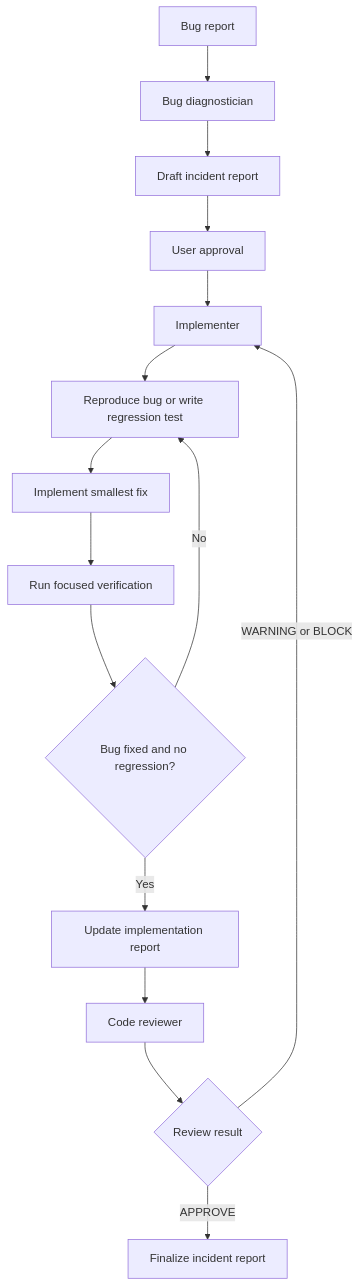
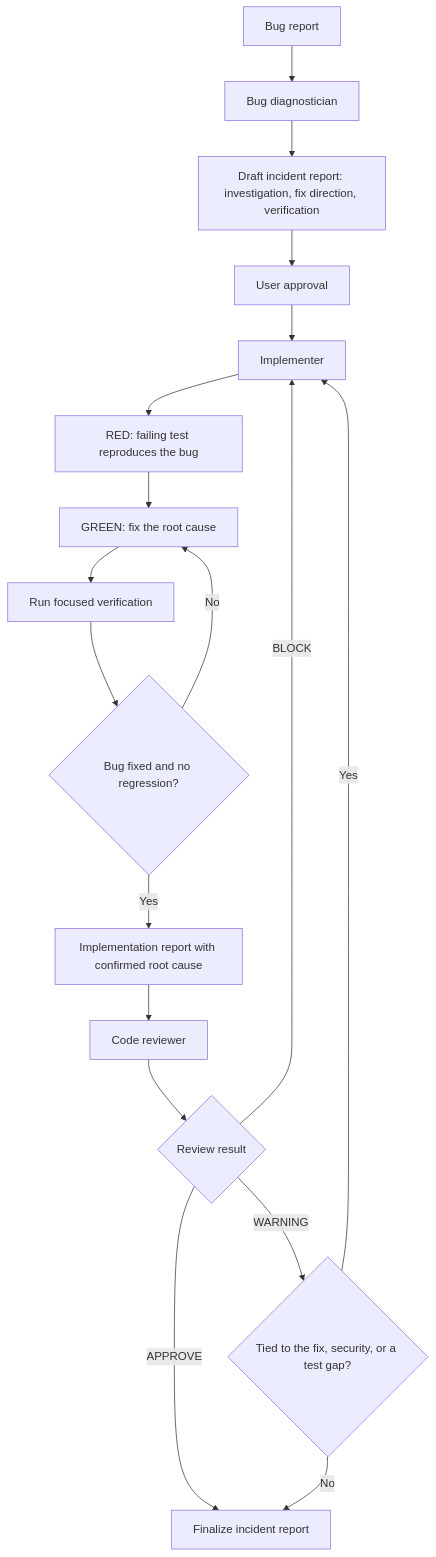
The fourth of 4 diagrams in README.md (aloilor/lean-coding-agent), drawn with Mermaid before and after one commit. The commit also changed other lines of this file, not shown here.

````diff
--- a/README.md
+++ b/README.md
@@ -77,17 +107,20 @@
 ```mermaid
 flowchart TD
     A[Bug report] --> B[Bug diagnostician]
-    B --> C[Draft incident report]
+    B --> C[Draft incident report: investigation, fix direction, verification]
     C --> D[User approval]
     D --> E[Implementer]
-    E --> F[Reproduce bug or write regression test]
-    F --> G[Implement smallest fix]
+    E --> F[RED: failing test reproduces the bug]
+    F --> G[GREEN: fix the root cause]
     G --> H[Run focused verification]
     H --> I{Bug fixed and no regression?}
-    I -->|No| F
-    I -->|Yes| J[Update implementation report]
+    I -->|No| G
+    I -->|Yes| J[Implementation report with confirmed root cause]
     J --> K[Code reviewer]
     K --> L{Review result}
-    L -->|WARNING or BLOCK| E
     L -->|APPROVE| M[Finalize incident report]
+    L -->|BLOCK| E
+    L -->|WARNING| N{Tied to the fix, security, or a test gap?}
+    N -->|Yes| E
+    N -->|No| M
 ```
````
